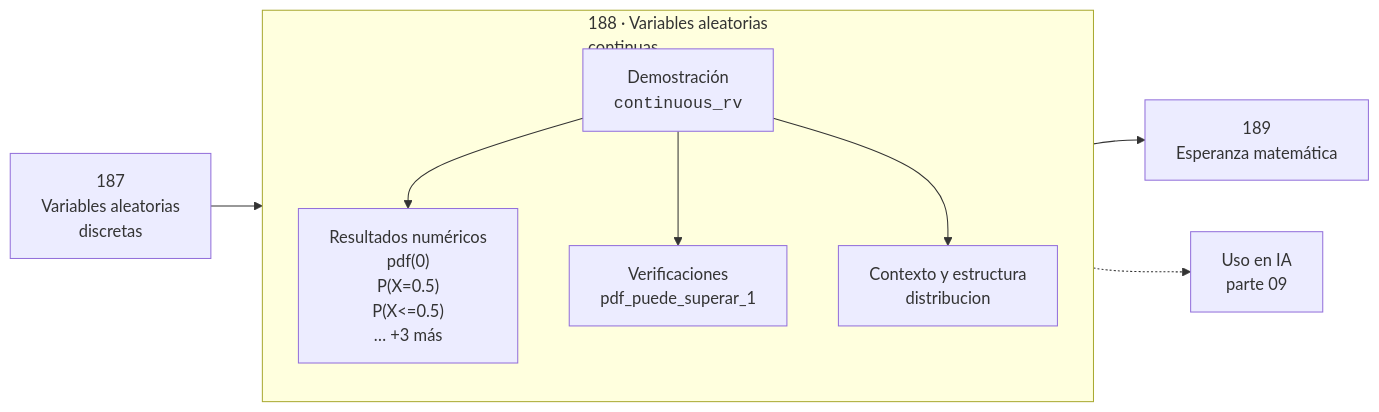
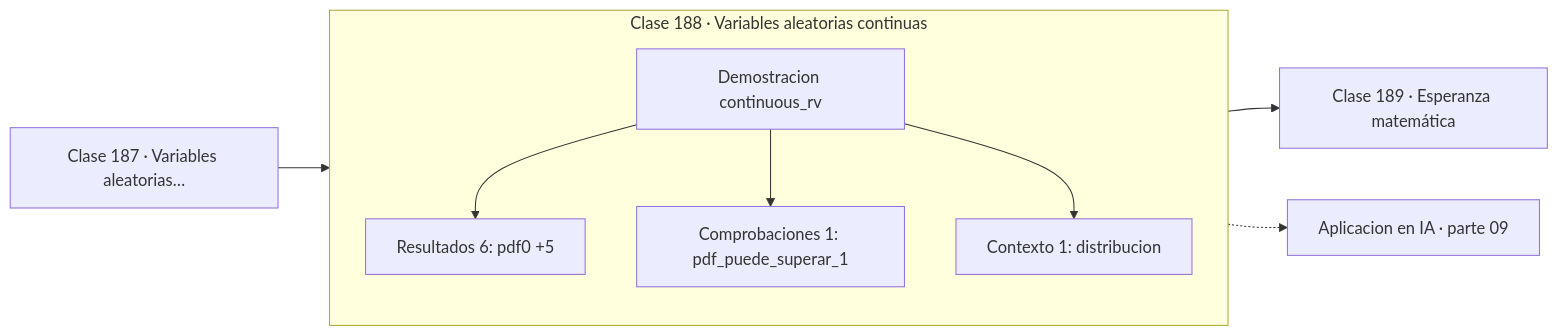
One commit to vladimiracunadev-create/computational-mathematics-program changed the diagram in classes/part-09-probabilidad-y-procesos-aleatorios/188-variables-aleatorias-continuas/README.md. Above: the diagram before and after it, drawn with Mermaid. The commit also changed 389 other files, not shown here.

First line of the commit message:
fix(diagramas): elimina el HTML de las etiquetas Mermaid

````diff
--- a/classes/part-09-probabilidad-y-procesos-aleatorios/188-variables-aleatorias-continuas/README.md
+++ b/classes/part-09-probabilidad-y-procesos-aleatorios/188-variables-aleatorias-continuas/README.md
@@ -30,12 +30,13 @@
 ```mermaid
 flowchart LR
-    P["187<br/>Variables aleatorias<br/>discretas"] --> C
-    subgraph C["188 · Variables aleatorias<br/>continuas"]
+    P["Clase 187 · Variables aleatorias…"] --> D
+    subgraph CLASE["Clase 188 · Variables aleatorias continuas"]
         direction TB
-        D["Demostración<br/><code>continuous_rv</code>"] --> R["Resultados numéricos<br/>pdf(0)<br/>P(X=0.5)<br/>P(X<=0.5)<br/>… +3 más"]
-        D --> V["Verificaciones<br/>pdf_puede_superar_1"]
-        D --> O["Contexto y estructura<br/>distribucion"]
+        D["Demostracion continuous_rv"]
+        D --> R["Resultados 6: pdf0 +5"]
+        D --> V["Comprobaciones 1: pdf_puede_superar_1"]
+        D --> O["Contexto 1: distribucion"]
     end
-    C --> N["189<br/>Esperanza matemática"]
-    C -.-> IA["Uso en IA<br/>parte 09"]
+    R --> N["Clase 189 · Esperanza matemática"]
+    V -.-> IA["Aplicacion en IA · parte 09"]
 ```
````
